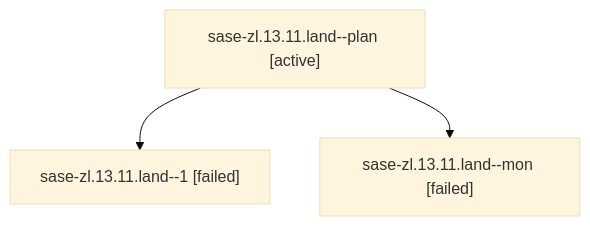
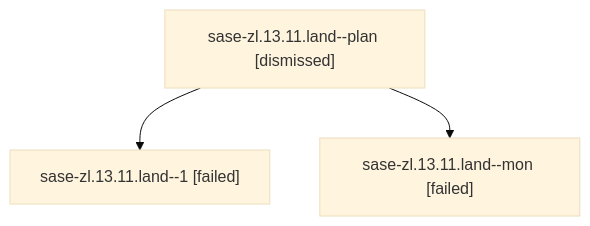
The diagram in sessions/bbugyi200.athena.sase-zl.13.11.land.md (sase-org/sase--agents), drawn with Mermaid (base theme) before and after one commit. The commit also changed other lines of this file and 211 other files, not shown here.

````diff
--- a/sessions/bbugyi200.athena.sase-zl.13.11.land.md
+++ b/sessions/bbugyi200.athena.sase-zl.13.11.land.md
@@ -9,8 +9,8 @@
 ```mermaid
 flowchart TD
-  n0["sase-zl.13.11.land--plan [active]"]
+  n0["sase-zl.13.11.land--plan [dismissed]"]
   n1["sase-zl.13.11.land--1 [failed]"]
   n0 --> n1
   n2["sase-zl.13.11.land--mon [failed]"]
   n0 --> n2
 ```
````
